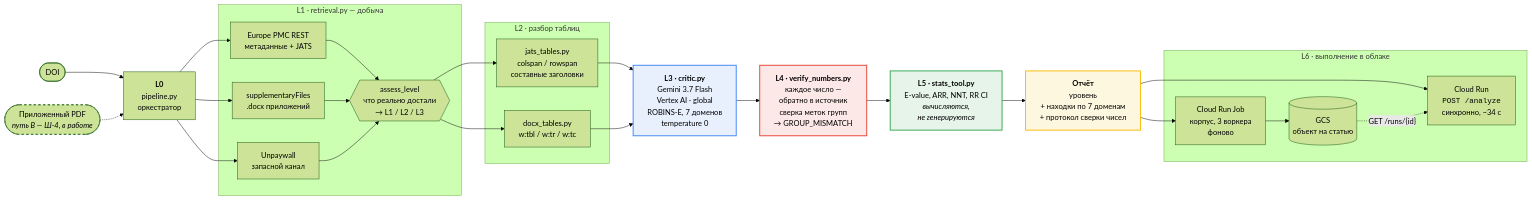
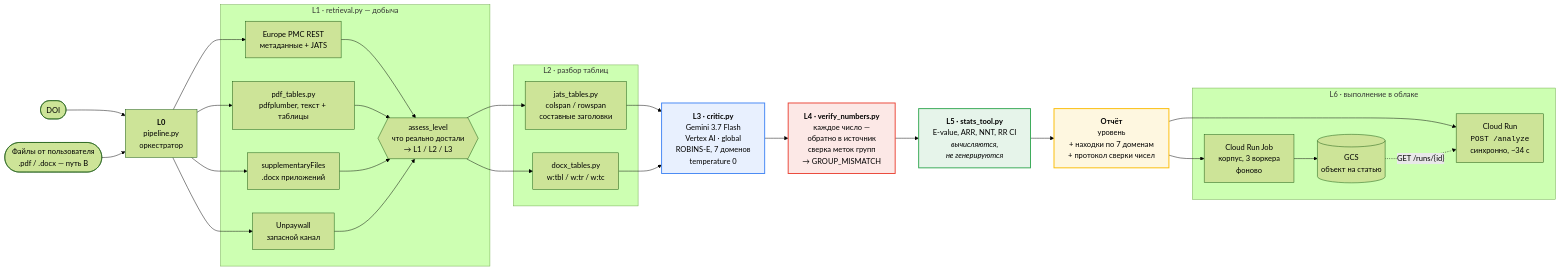
One commit to gagarinyury/i-am-truth changed the first of 2 diagrams in docs/07-architecture.md. Above: the diagram before and after it, drawn with Mermaid (forest theme). The commit also changed other lines of this file and 12 other files, not shown here.

````diff
--- a/docs/07-architecture.md
+++ b/docs/07-architecture.md
@@ -14,57 +14,59 @@
 ```mermaid
 flowchart LR
     DOI(["DOI"]) --> L0
-    PDF(["Приложенный PDF<br/><i>путь B — Ш-4, в работе</i>"]) -.-> L0
+    FILES(["Файлы от пользователя<br/>.pdf / .docx — путь B"]) --> L0
 
     L0["<b>L0</b><br/>pipeline.py<br/>оркестратор"]
 
     L0 --> EPMC
+    L0 --> PDFP
     L0 --> SUP
     L0 --> UPW
 
     subgraph L1G["L1 · retrieval.py — добыча"]
         EPMC["Europe PMC REST<br/>метаданные + JATS"]
+        PDFP["pdf_tables.py<br/>pdfplumber, текст + таблицы"]
         SUP["supplementaryFiles<br/>.docx приложений"]
         UPW["Unpaywall<br/>запасной канал"]
         LVL{{"assess_level<br/>что реально достали<br/>→ L1 / L2 / L3"}}
         EPMC --> LVL
+        PDFP --> LVL
         SUP --> LVL
         UPW --> LVL
     end
 
     subgraph L2G["L2 · разбор таблиц"]
         JATS["jats_tables.py<br/>colspan / rowspan<br/>составные заголовки"]
         DOCX["docx_tables.py<br/>w:tbl / w:tr / w:tc"]
     end
 
     LVL --> JATS
     LVL --> DOCX
 
     JATS --> L3
     DOCX --> L3
 
     L3["<b>L3 · critic.py</b><br/>Gemini 3.7 Flash<br/>Vertex AI · global<br/>ROBINS-E, 7 доменов<br/>temperature 0"]
     L3 --> L4
     L4["<b>L4 · verify_numbers.py</b><br/>каждое число —<br/>обратно в источник<br/>сверка меток групп<br/>→ GROUP_MISMATCH"]
     L4 --> L5
     L5["<b>L5 · stats_tool.py</b><br/>E-value, ARR, NNT, RR CI<br/><i>вычисляются,<br/>не генерируются</i>"]
     L5 --> OUT
     OUT["<b>Отчёт</b><br/>уровень<br/>+ находки по 7 доменам<br/>+ протокол сверки чисел"]
 
     OUT --> SVC
     OUT --> JOB
 
     subgraph L6["L6 · выполнение в облаке"]
         SVC["Cloud Run<br/><code>POST /analyze</code><br/>синхронно, ~34 с"]
         JOB["Cloud Run Job<br/>корпус, 3 воркера<br/>фоново"]
         GCS[("GCS<br/>объект на статью")]
         JOB --> GCS
         GCS -.->|"GET /runs/{id}"| SVC
     end
 
     style L3 fill:#e8f0fe,stroke:#4285f4,stroke-width:2px
     style L4 fill:#fce8e6,stroke:#ea4335,stroke-width:2px
     style L5 fill:#e6f4ea,stroke:#34a853,stroke-width:2px
     style OUT fill:#fef7e0,stroke:#fbbc04,stroke-width:2px
-    style PDF stroke-dasharray: 5 5
 ```
````
